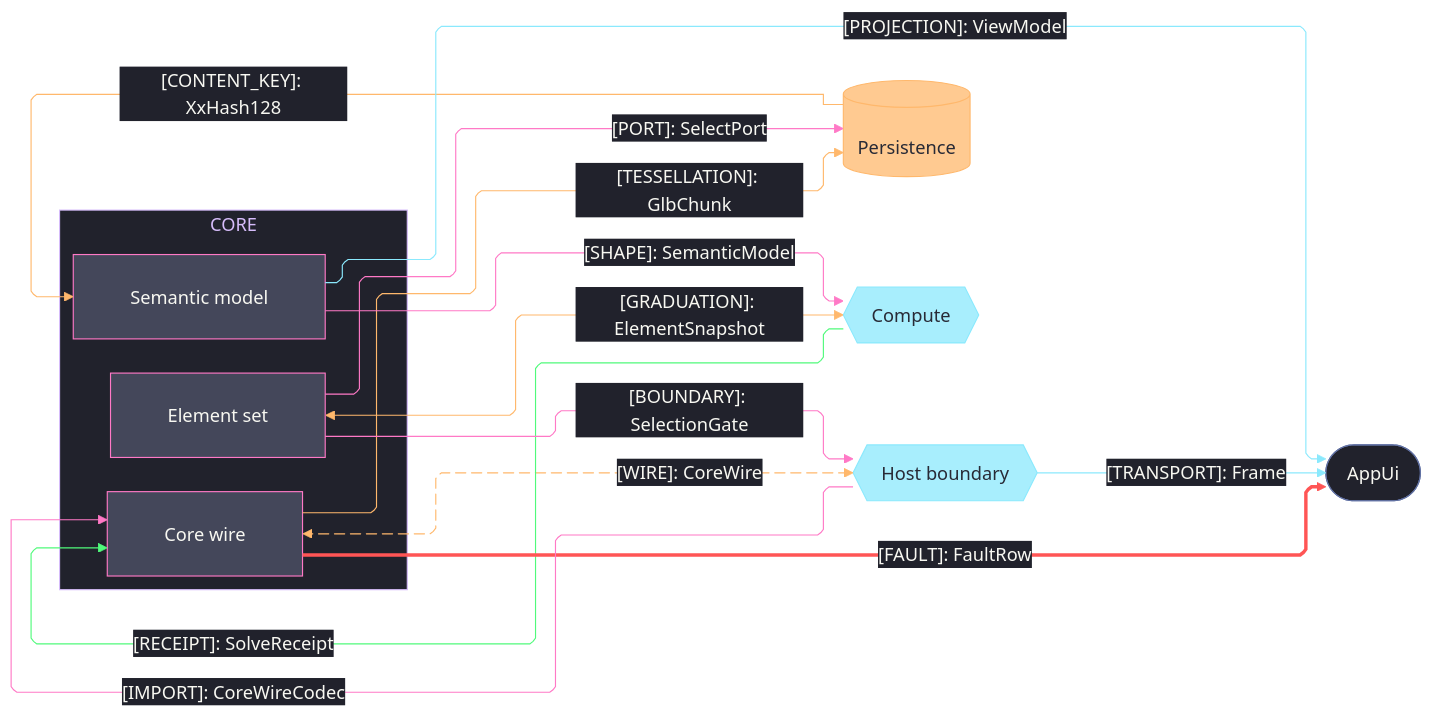
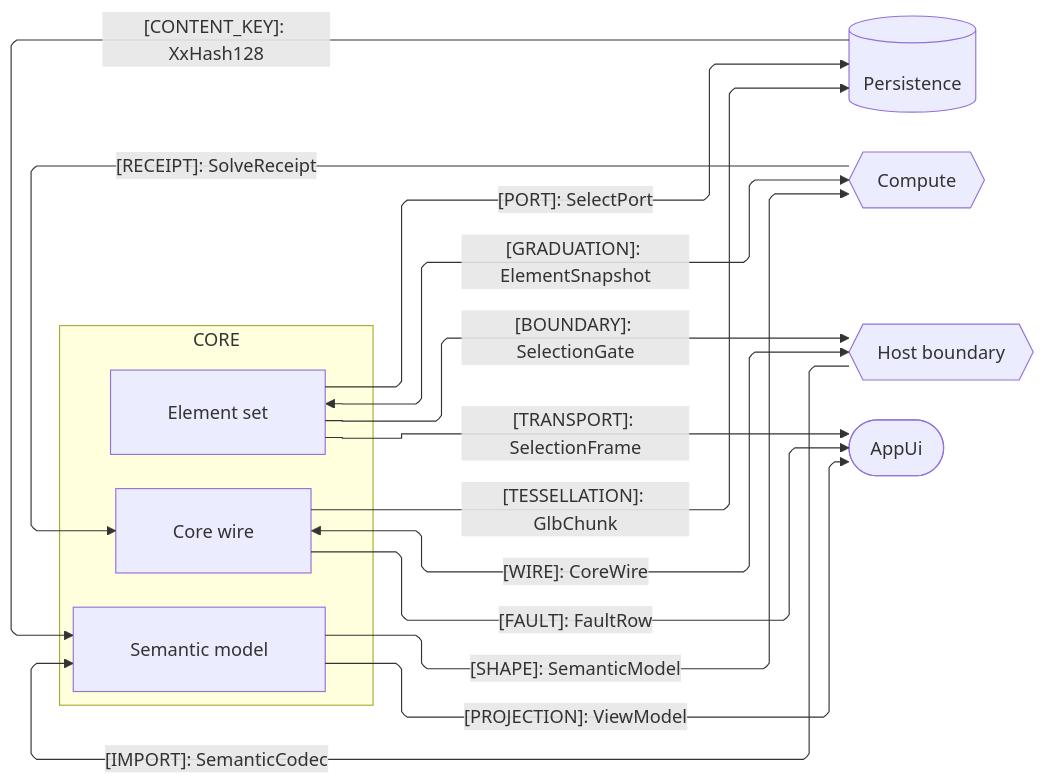
One commit to bsamiee/Parametric_Forge changed the diagram in .claude/skills/mermaid-diagramming/templates/seam-graph.mmd.md. Above: the diagram before and after it, drawn with Mermaid. The commit also changed other lines of this file and 215 other files, not shown here.

````diff
--- a/.claude/skills/mermaid-diagramming/templates/seam-graph.mmd.md
+++ b/.claude/skills/mermaid-diagramming/templates/seam-graph.mmd.md
@@ -11,71 +9,33 @@
 ```mermaid
 ---
 config:
-  theme: base
-  look: classic
   layout: elk
   flowchart:
     curve: linear
     padding: 25
-  themeVariables:
-    darkMode: true
-    fontFamily: "SF Mono, Menlo, Cascadia Mono, Segoe UI Mono, Consolas, monospace"
-    useGradient: false
-    dropShadow: "none"
-    background: "#282A36"
-    primaryColor: "#44475A"
-    primaryTextColor: "#F8F8F2"
-    primaryBorderColor: "#BD93F9"
-    lineColor: "#FF79C6"
-    textColor: "#F8F8F2"
-    clusterBkg: "#21222C"
-    clusterBorder: "#D6BCFA"
-    edgeLabelBackground: "#21222C"
-    labelBackgroundColor: "#21222C"
-    titleColor: "#D6BCFA"
-  themeCSS: ".nodeLabel{font-size:13px;font-weight:500}.edgeLabel{font-size:12px;font-weight:500}.cluster-label .nodeLabel{font-size:13.5px;font-weight:700;letter-spacing:.08em}.edge-thickness-normal{stroke-width:2px}.edge-thickness-thick{stroke-width:3px}.edge-pattern-dashed,.edge-pattern-dotted{stroke-width:1.5px;stroke-dasharray:4 6}.node rect,.node circle,.node polygon,.node path,.node .outer-path{stroke-width:1.5px;filter:none!important}.cluster rect{stroke-width:1px!important;stroke-dasharray:5 4!important;filter:none!important}.marker path{transform:scale(.8);transform-origin:5px 5px}.marker circle{transform:scale(.48);transform-origin:5px 5px}.edgeLabel rect{transform-box:fill-box;transform-origin:center;transform:scale(1.1,1.2)}"
 ---
 flowchart LR
     accTitle: Core package seam registry
-    accDescr: Core sub-domain owners exchanging kinded shapes with persistence, compute, the host boundary, and the app shell, edge rails colored by kind, nodes classed by seam direction, and the live host wire animated.
+    accDescr: Core sub-domain owners exchanging kinded shapes with persistence, compute, the host boundary, and the app shell, node shape encoding counterpart role.
     subgraph core[CORE]
         Semantic[Semantic model]
         ElementSet[Element set]
         Wire[Core wire]
     end
     Persistence[(Persistence)]
     Compute{{Compute}}
     Host{{Host boundary}}
     AppUi([AppUi])
     Persistence e1@-->|"[CONTENT_KEY]: XxHash128"| Semantic
     Wire e2@<-->|"[WIRE]: CoreWire"| Host
     Wire e3@-->|"[TESSELLATION]: GlbChunk"| Persistence
     ElementSet e4@<-->|"[GRADUATION]: ElementSnapshot"| Compute
     Compute e5@-->|"[RECEIPT]: SolveReceipt"| Wire
     Wire e6@-->|"[FAULT]: FaultRow"| AppUi
     Semantic e7@-->|"[PROJECTION]: ViewModel"| AppUi
-    Host e8@-->|"[TRANSPORT]: Frame"| AppUi
+    ElementSet e8@-->|"[TRANSPORT]: SelectionFrame"| AppUi
     ElementSet e9@-->|"[PORT]: SelectPort"| Persistence
     Semantic e10@-->|"[SHAPE]: SemanticModel"| Compute
     ElementSet e11@-->|"[BOUNDARY]: SelectionGate"| Host
-    Host e12@-->|"[IMPORT]: CoreWireCodec"| Wire
-    e2@{ animate: true }
-    classDef primary fill:#44475A,stroke:#FF79C6,color:#F8F8F2
-    classDef external fill:#8BE9FDBF,stroke:#8BE9FD,color:#282A36
-    classDef data fill:#FFB86CBF,stroke:#FFB86C,color:#282A36
-    classDef recessed fill:#21222C,stroke:#6272A4,color:#F8F8F2
-    classDef edgeData stroke:#FFB86C,color:#F8F8F2
-    classDef edgeSuccess stroke:#50FA7B,color:#F8F8F2
-    classDef edgeError stroke:#FF5555,stroke-width:3px,color:#F8F8F2
-    classDef edgeExternal stroke:#8BE9FD,color:#F8F8F2
-    classDef edgeControl stroke:#FF79C6,color:#F8F8F2
-    class Semantic,ElementSet,Wire primary
-    class Compute,Host external
-    class Persistence data
-    class AppUi recessed
-    class e1,e2,e3,e4 edgeData
-    class e5 edgeSuccess
-    class e6 edgeError
-    class e7,e8 edgeExternal
-    class e9,e10,e11,e12 edgeControl
+    Host e12@-->|"[IMPORT]: SemanticCodec"| Semantic
 ```
````
